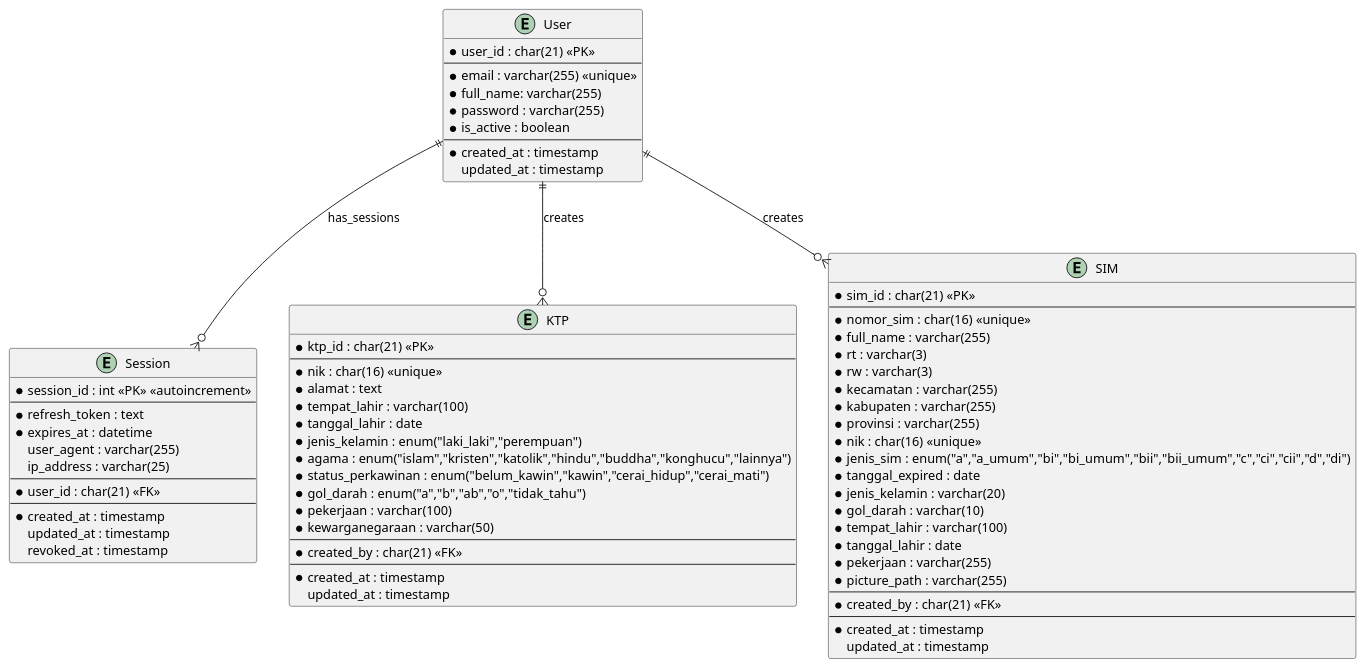
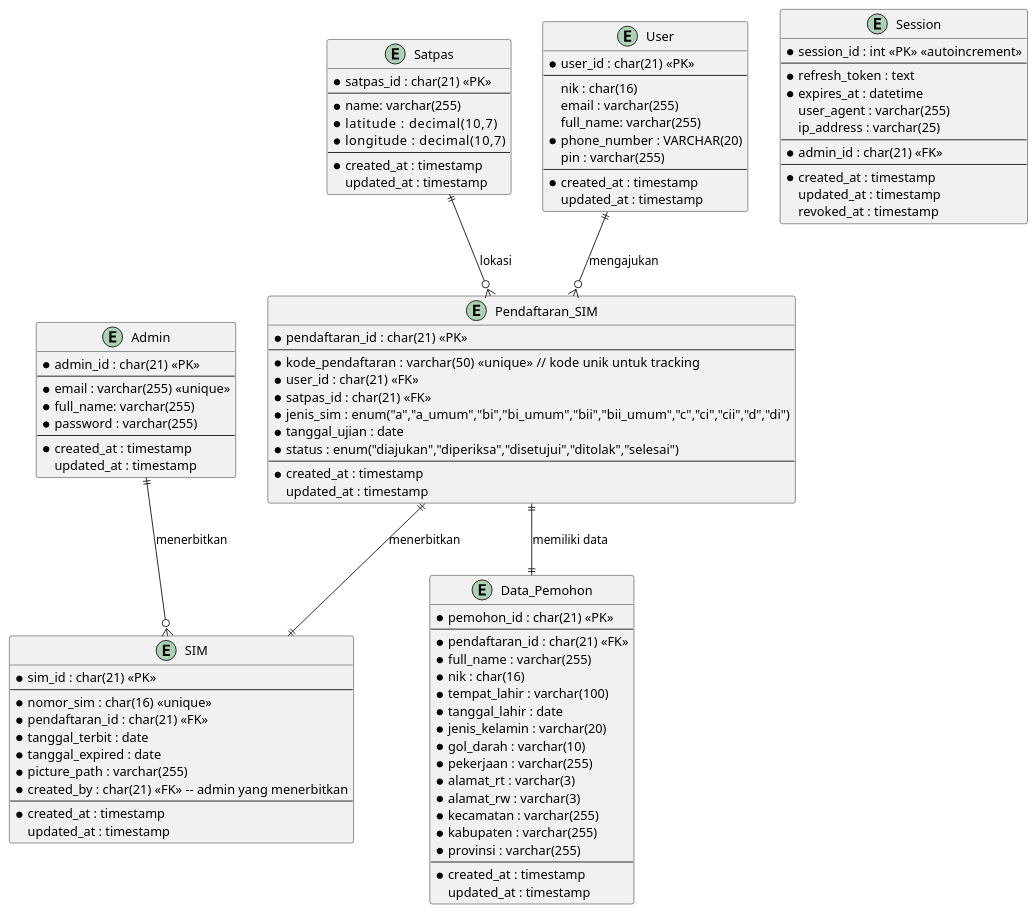
Before and after one commit to fauzantaslim/sim-service: the diagram in docs/erdSim.puml, drawn with PlantUML. The commit also changed 51 other files, not shown here.

Commit message:
feat: implement admin and user authentication with CRUD operations for Satpas

```diff
--- a/docs/erdSim.puml
+++ b/docs/erdSim.puml
@@ -1,79 +1,112 @@
-@startuml
+  @startuml
 
-  entity User {
-    * user_id : char(21) <<PK>>
-    --
-    * email : varchar(255) <<unique>>
-    * full_name: varchar(255) 
-    * password : varchar(255)
-    * is_active : boolean
-    --
-    * created_at : timestamp
-    updated_at : timestamp
-  }
+    entity Admin {
+      * admin_id : char(21) <<PK>>
+      --
+      * email : varchar(255) <<unique>>
+      * full_name: varchar(255) 
+      * password : varchar(255)
+      --
+      * created_at : timestamp
+      updated_at : timestamp
+    }
 
-  entity Session {
-    * session_id : int <<PK>> <<autoincrement>>
-    --
-    * refresh_token : text
-    * expires_at : datetime
-    user_agent : varchar(255)
-    ip_address : varchar(25)
-    --
-    * user_id : char(21) <<FK>>
-    --
-    * created_at : timestamp
-    updated_at : timestamp
-    revoked_at : timestamp
-  }
+    entity Satpas {
+      * satpas_id : char(21) <<PK>>
+      --
+      * name: varchar(255) 
+      * latitude      : decimal(10,7)
+      * longitude     : decimal(10,7)
+      --
+      * created_at : timestamp
+      updated_at : timestamp
+    }
 
- entity KTP {
-    * ktp_id : char(21) <<PK>>
-    --
-    * nik : char(16) <<unique>>
-    * alamat : text
-    * tempat_lahir : varchar(100)
-    * tanggal_lahir : date
-    * jenis_kelamin : enum("laki_laki","perempuan")
-    * agama : enum("islam","kristen","katolik","hindu","buddha","konghucu","lainnya")
-    * status_perkawinan : enum("belum_kawin","kawin","cerai_hidup","cerai_mati")
-    * gol_darah : enum("a","b","ab","o","tidak_tahu")
-    * pekerjaan : varchar(100)
-    * kewarganegaraan : varchar(50)
-    --
-    * created_by : char(21) <<FK>>
-    --
-    * created_at : timestamp
-    updated_at : timestamp
-  }
+      entity User {
+      * user_id : char(21) <<PK>>
+      --
+      nik : char(16)
+      email : varchar(255)
+      full_name: varchar(255)
+      * phone_number : VARCHAR(20)
+      pin : varchar(255)
+      --
+      * created_at : timestamp
+      updated_at : timestamp
+    }
 
-  entity SIM {
-    * sim_id : char(21) <<PK>>
-    --
-    * nomor_sim : char(16) <<unique>>
-    * full_name : varchar(255)
-    * rt : varchar(3)
-    * rw : varchar(3)
-    * kecamatan : varchar(255)
-    * kabupaten : varchar(255)
-    * provinsi : varchar(255)
-    * nik : char(16) <<unique>>
-    * jenis_sim : enum("a","a_umum","bi","bi_umum","bii","bii_umum","c","ci","cii","d","di")
-    * tanggal_expired : date
-    * jenis_kelamin : varchar(20)
-    * gol_darah : varchar(10)
-    * tempat_lahir : varchar(100)
-    * tanggal_lahir : date
-    * pekerjaan : varchar(255)
-    * picture_path : varchar(255)
-    --
-    * created_by : char(21) <<FK>>
-    --
-    * created_at : timestamp
-    updated_at : timestamp
-  }
+    entity Session {
+      * session_id : int <<PK>> <<autoincrement>>
+      --
+      * refresh_token : text
+      * expires_at : datetime
+      user_agent : varchar(255)
+      ip_address : varchar(25)
+      --
+      * admin_id : char(21) <<FK>>
+      --
+      * created_at : timestamp
+      updated_at : timestamp
+      revoked_at : timestamp
+    }
 
-  User ||--o{ Session : "has_sessions"
-  User ||--o{ KTP : "creates"
-  User ||--o{ SIM : "creates"
-@enduml
+entity SIM {
+  * sim_id : char(21) <<PK>>
+  --
+  * nomor_sim : char(16) <<unique>>
+  * pendaftaran_id : char(21) <<FK>>
+  * tanggal_terbit : date
+  * tanggal_expired : date
+  * picture_path : varchar(255)
+  * created_by : char(21) <<FK>> -- admin yang menerbitkan
+  --
+  * created_at : timestamp
+  updated_at : timestamp
+}
+
+
+    entity Pendaftaran_SIM {
+  * pendaftaran_id : char(21) <<PK>>
+  --
+  * kode_pendaftaran : varchar(50) <<unique>>  // kode unik untuk tracking
+  * user_id : char(21) <<FK>>
+  * satpas_id : char(21) <<FK>>
+  * jenis_sim : enum("a","a_umum","bi","bi_umum","bii","bii_umum","c","ci","cii","d","di")
+  * tanggal_ujian : date
+  * status : enum("diajukan","diperiksa","disetujui","ditolak","selesai")
+  --
+  * created_at : timestamp
+  updated_at : timestamp
+}
+
+' sebagai snapshot
+entity Data_Pemohon {
+  * pemohon_id : char(21) <<PK>>
+  --
+  * pendaftaran_id : char(21) <<FK>>
+  * full_name : varchar(255)
+  * nik : char(16)
+  * tempat_lahir : varchar(100)
+  * tanggal_lahir : date
+  * jenis_kelamin : varchar(20)
+  * gol_darah : varchar(10)
+  * pekerjaan : varchar(255)
+  * alamat_rt : varchar(3)
+  * alamat_rw : varchar(3)
+  * kecamatan : varchar(255)
+  * kabupaten : varchar(255)
+  * provinsi : varchar(255)
+  --
+  * created_at : timestamp
+  updated_at : timestamp
+}
+
+
+
+User ||--o{ Pendaftaran_SIM : "mengajukan"
+Pendaftaran_SIM ||--|| Data_Pemohon : "memiliki data"
+Pendaftaran_SIM ||--|| SIM : "menerbitkan"
+Satpas ||--o{ Pendaftaran_SIM : "lokasi"
+Admin ||--o{ SIM : "menerbitkan"
+
+  @enduml
```
